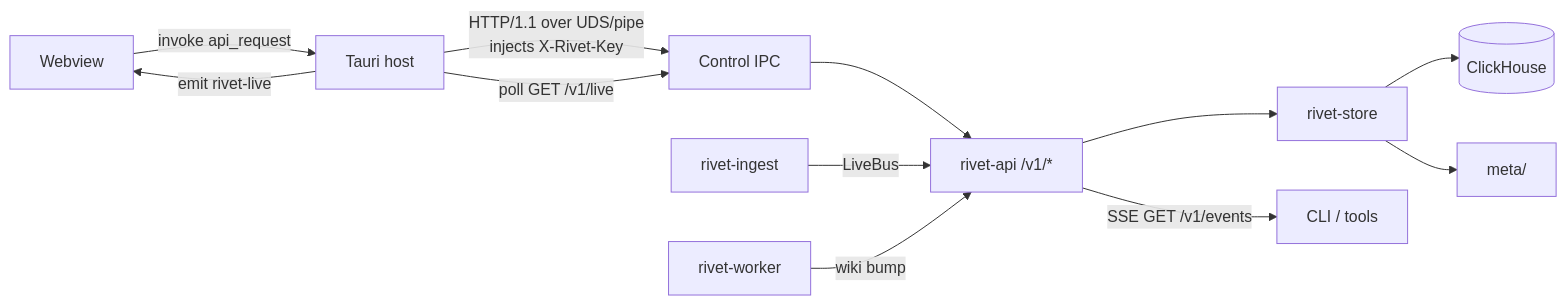
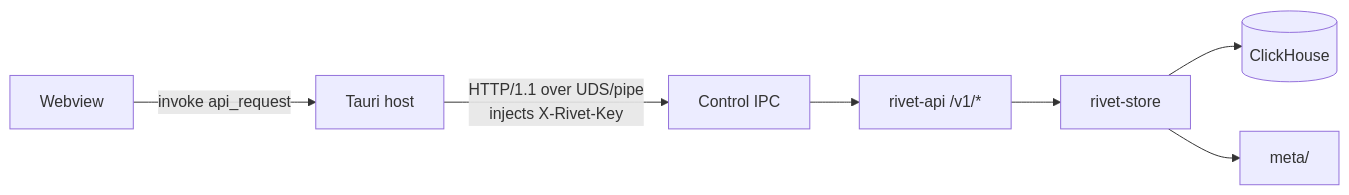
One commit to Rivethub/ExperimentOne changed the fourth of 13 diagrams in docs/architecture.md. Above: the diagram before and after it, drawn with Mermaid. The commit also changed other lines of this file and 82 other files, not shown here.

Commit message:
feat(runtime): Move jobs to NATS and close RivetHub wiki gaps (#45)

````diff
--- a/docs/architecture.md
+++ b/docs/architecture.md
@@ -171,14 +170,9 @@
 ```mermaid
 flowchart LR
   UI[Webview] -->|invoke api_request| Host[Tauri host]
   Host -->|HTTP/1.1 over UDS/pipe<br/>injects X-Rivet-Key| IPC[Control IPC]
   IPC --> API[rivet-api /v1/*]
   API --> Store[rivet-store]
   Store --> CH[(ClickHouse)]
   Store --> Meta[meta/]
-  Host -->|poll GET /v1/live| IPC
-  Host -->|emit rivet-live| UI
-  Ingest[rivet-ingest] -->|LiveBus| API
-  Worker[rivet-worker] -->|wiki bump| API
-  API -->|SSE GET /v1/events| CLI[CLI / tools]
 ```
````
